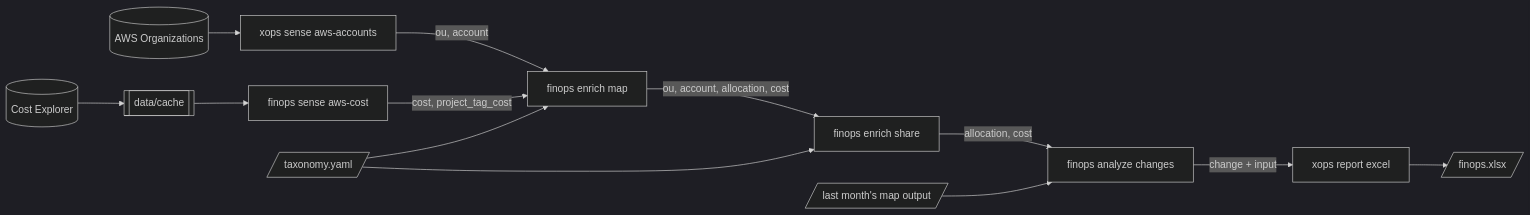
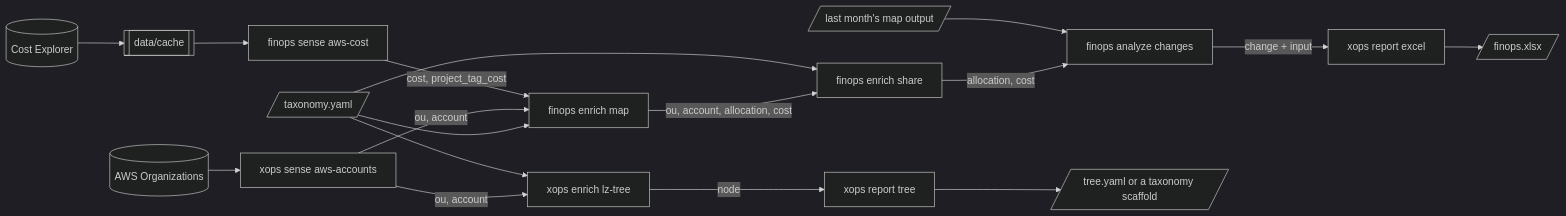
One commit to PopGreenTh/OpenXOps changed the second of 3 diagrams in planning/ARCHITECTURE.md. Above: the diagram before and after it, drawn with Mermaid (dark theme). The commit also changed other lines of this file and 1 other file, not shown here.

Commit message:
docs(planning): refresh ARCHITECTURE for tenants, URNs, the nested taxonomy and Releases 2-4 (#94)

````diff
--- a/planning/ARCHITECTURE.md
+++ b/planning/ARCHITECTURE.md
@@ -91,14 +98,18 @@
 ```mermaid
 flowchart LR
   ORG[(AWS Organizations)] --> ACC[xops sense aws-accounts]
   CE[(Cost Explorer)] --> CACHE[[data/cache]] --> COST[finops sense aws-cost]
   TAX[/taxonomy.yaml/] --> MAP
   ACC -- ou, account --> MAP[finops enrich map]
   COST -- cost, project_tag_cost --> MAP
   MAP -- ou, account, allocation, cost --> SHARE[finops enrich share]
   TAX --> SHARE
   SHARE -- allocation, cost --> CHG[finops analyze changes]
   PREV[/last month's map output/] --> CHG
   CHG -- change + input --> REP[xops report excel]
   REP --> XLSX[/finops.xlsx/]
+  ACC -- ou, account --> TREE[xops enrich lz-tree]
+  TAX --> TREE
+  TREE -- node --> RTREE[xops report tree]
+  RTREE --> YAML[/tree.yaml or a taxonomy scaffold/]
 ```
````
